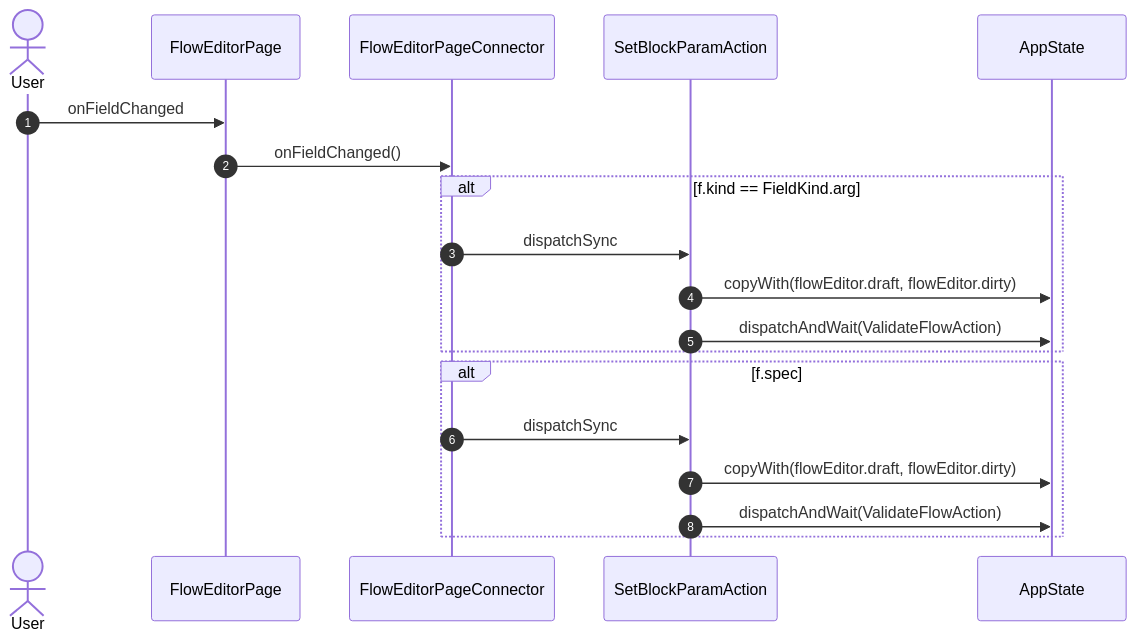
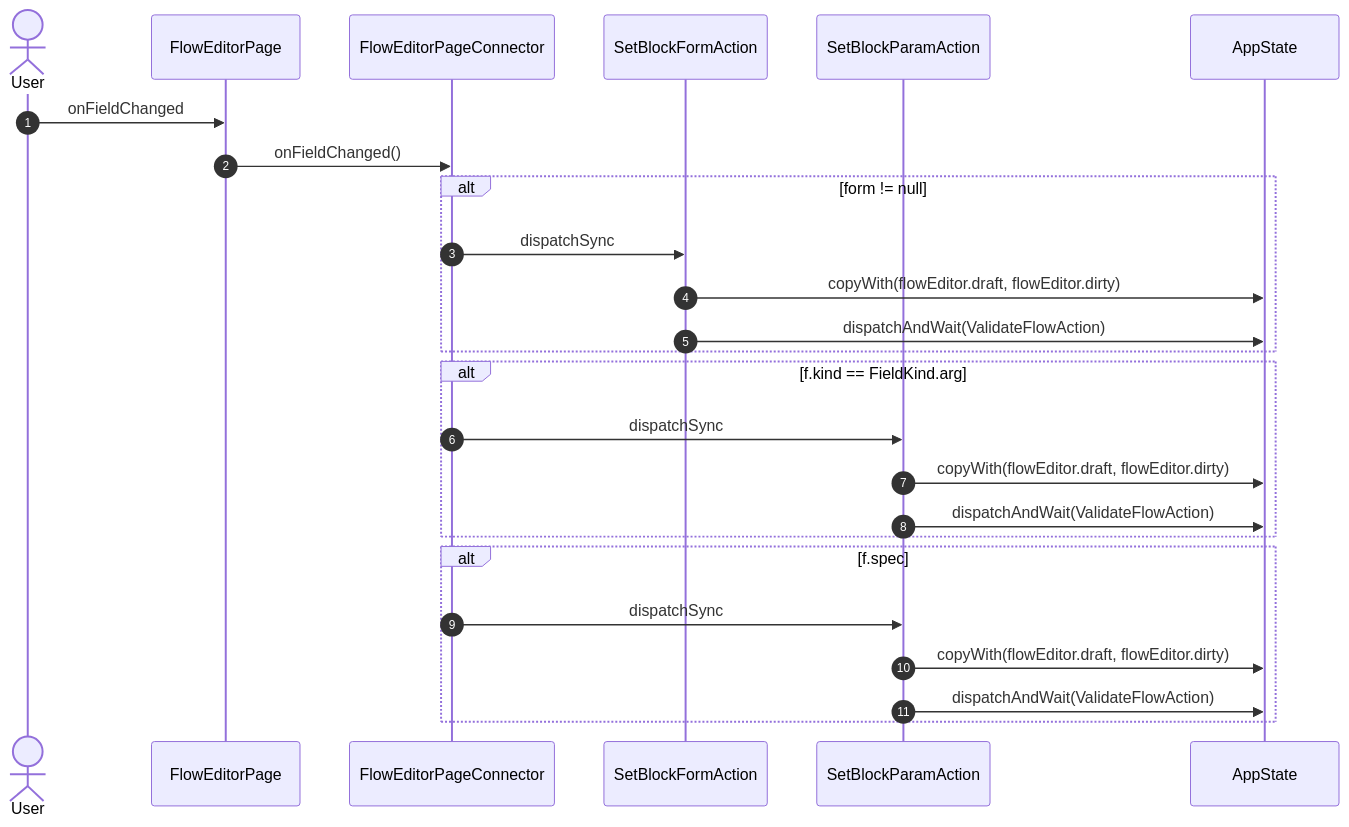
One commit to gencto/wyrm changed diagram 16 of 21 in studio/docs/flows/flowEditor.md. Above: the diagram before and after it, drawn with Mermaid. The commit also changed other lines of this file and 31 other files, not shown here.

First line of the commit message:
studio: flow editor binds along a wire, keeps blocks under the pointer, reads labels

````diff
--- a/studio/docs/flows/flowEditor.md
+++ b/studio/docs/flows/flowEditor.md
@@ -283,22 +301,28 @@
 ```mermaid
 sequenceDiagram
     autonumber
     actor User
     participant UI as FlowEditorPage
     participant VM as FlowEditorPageConnector
-    participant A1 as SetBlockParamAction
+    participant A1 as SetBlockFormAction
+    participant A2 as SetBlockParamAction
     participant ST as AppState
 
     User->>UI: onFieldChanged
     UI->>VM: onFieldChanged()
-    alt f.kind == FieldKind.arg
+    alt form != null
         VM->>A1: dispatchSync
         A1->>ST: copyWith(flowEditor.draft, flowEditor.dirty)
         A1->>ST: dispatchAndWait(ValidateFlowAction)
     end
+    alt f.kind == FieldKind.arg
+        VM->>A2: dispatchSync
+        A2->>ST: copyWith(flowEditor.draft, flowEditor.dirty)
+        A2->>ST: dispatchAndWait(ValidateFlowAction)
+    end
     alt f.spec
-        VM->>A1: dispatchSync
-        A1->>ST: copyWith(flowEditor.draft, flowEditor.dirty)
-        A1->>ST: dispatchAndWait(ValidateFlowAction)
+        VM->>A2: dispatchSync
+        A2->>ST: copyWith(flowEditor.draft, flowEditor.dirty)
+        A2->>ST: dispatchAndWait(ValidateFlowAction)
     end
 ```
````
